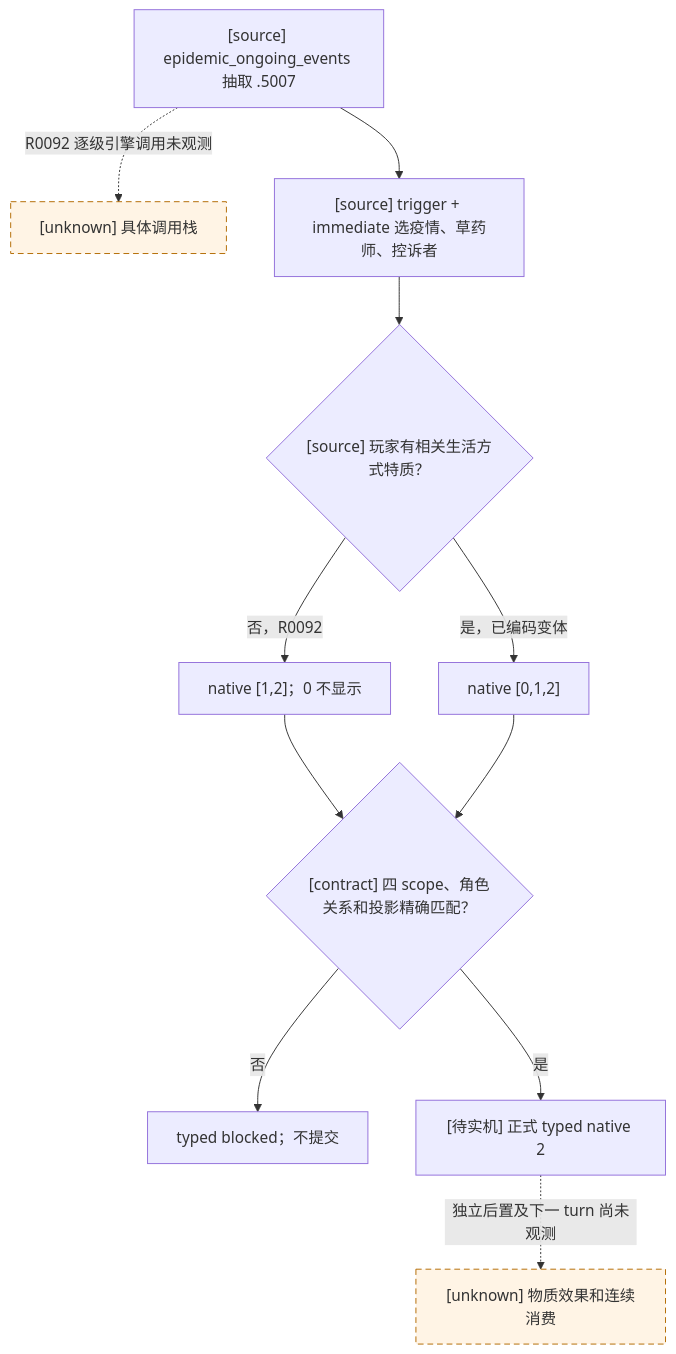
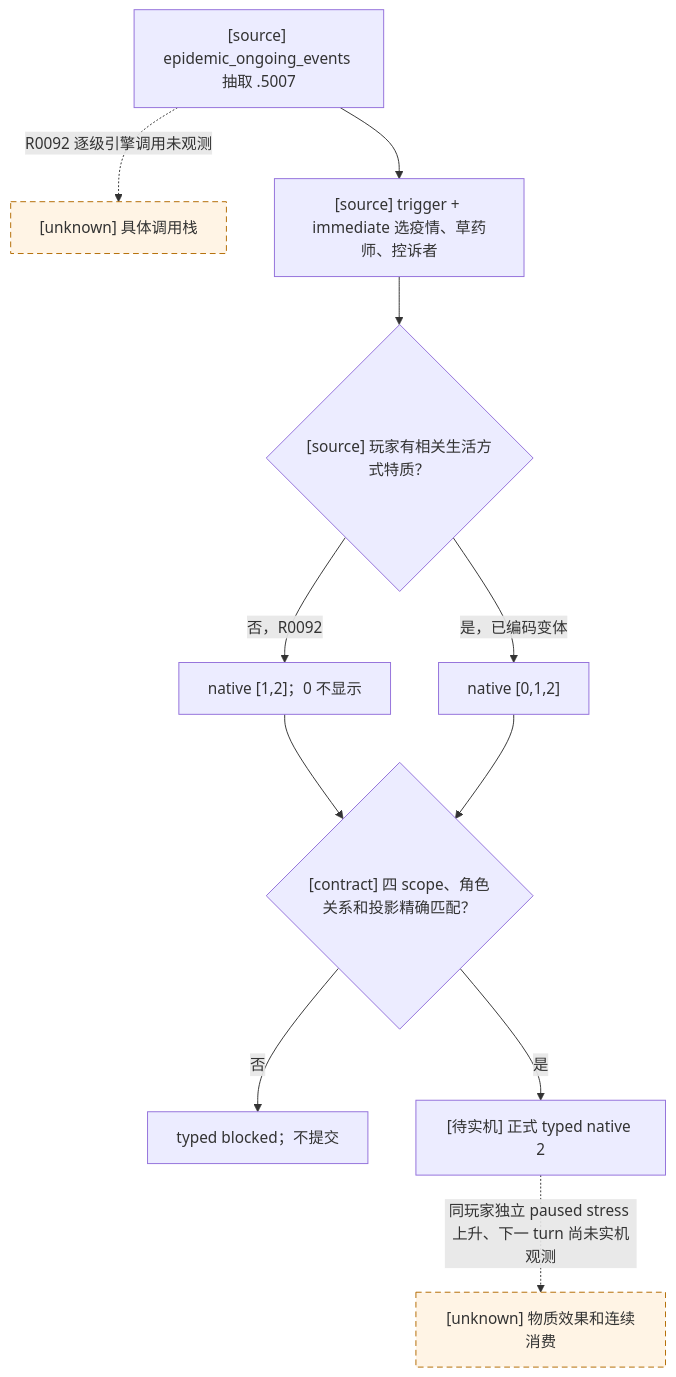
Before and after one commit to XenoAmess/ck3_eternal_recurrence: the diagram in docs/ck3-native-ai/epidemic-events-5007-herbalist-accusation.md, drawn with Mermaid. The commit also changed other lines of this file and 5 other files, not shown here.

````diff
--- a/docs/ck3-native-ai/epidemic-events-5007-herbalist-accusation.md
+++ b/docs/ck3-native-ai/epidemic-events-5007-herbalist-accusation.md
@@ -15,15 +21,15 @@
 ```mermaid
 flowchart TD
     A["[source] epidemic_ongoing_events 抽取 .5007"] -. "R0092 逐级引擎调用未观测" .-> U["[unknown] 具体调用栈"]
     A --> B["[source] trigger + immediate 选疫情、草药师、控诉者"]
     B --> C{"[source] 玩家有相关生活方式特质？"}
     C -->|否，R0092| D["native [1,2]；0 不显示"]
     C -->|是，已编码变体| E["native [0,1,2]"]
     D --> F{"[contract] 四 scope、角色关系和投影精确匹配？"}
     E --> F
     F -->|否| X["typed blocked；不提交"]
     F -->|是| G["[待实机] 正式 typed native 2"]
-    G -. "独立后置及下一 turn 尚未观测" .-> H["[unknown] 物质效果和连续消费"]
+    G -. "同玩家独立 paused stress 上升、下一 turn 尚未实机观测" .-> H["[unknown] 物质效果和连续消费"]
     classDef unknown stroke-dasharray: 6 4,fill:#fff4e5,stroke:#b36b00;
     class U,H unknown;
 ```
````
